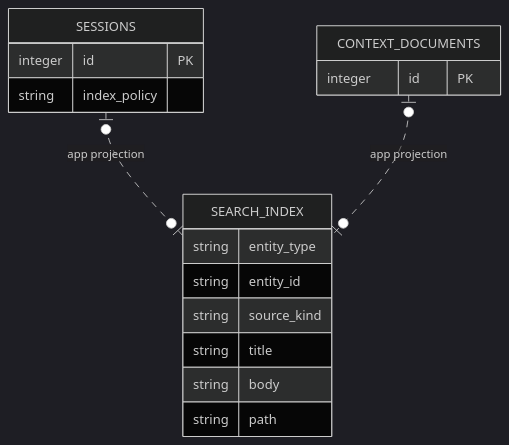
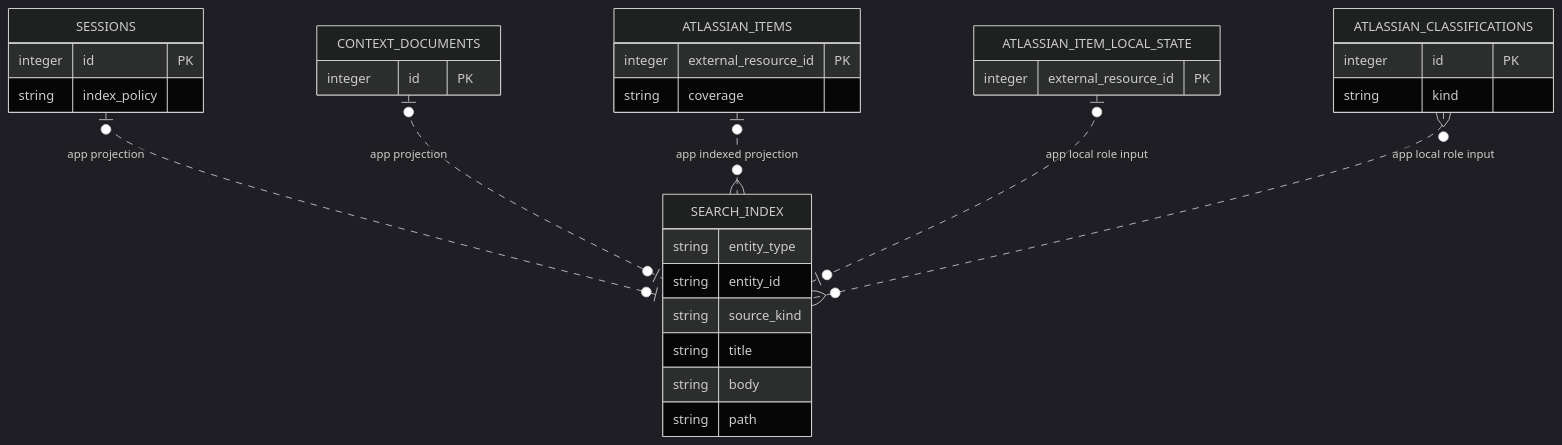
The diagram in docs/policies/project/data-model/derived-retrieval-index.md (chochita0311/local-brain), drawn with Mermaid (dark theme) before and after one commit. The commit also changed other lines of this file and 128 other files, not shown here.

Commit message:
feat: add Atlassian source memory and schema zoom

````diff
--- a/docs/policies/project/data-model/derived-retrieval-index.md
+++ b/docs/policies/project/data-model/derived-retrieval-index.md
@@ -9,16 +9,22 @@
 ```mermaid
 erDiagram
     SESSIONS { integer id PK string index_policy }
     CONTEXT_DOCUMENTS { integer id PK }
+    ATLASSIAN_ITEMS { integer external_resource_id PK string coverage }
+    ATLASSIAN_ITEM_LOCAL_STATE { integer external_resource_id PK }
+    ATLASSIAN_CLASSIFICATIONS { integer id PK string kind }
     SEARCH_INDEX {
         string entity_type
         string entity_id
         string source_kind
         string title
         string body
         string path
     }
 
     SESSIONS o|..o| SEARCH_INDEX : "app projection"
     CONTEXT_DOCUMENTS o|..o| SEARCH_INDEX : "app projection"
+    ATLASSIAN_ITEMS o|..o{ SEARCH_INDEX : "app indexed projection"
+    ATLASSIAN_ITEM_LOCAL_STATE o|..o| SEARCH_INDEX : "app local role input"
+    ATLASSIAN_CLASSIFICATIONS }o..o{ SEARCH_INDEX : "app local role input"
 ```
````
